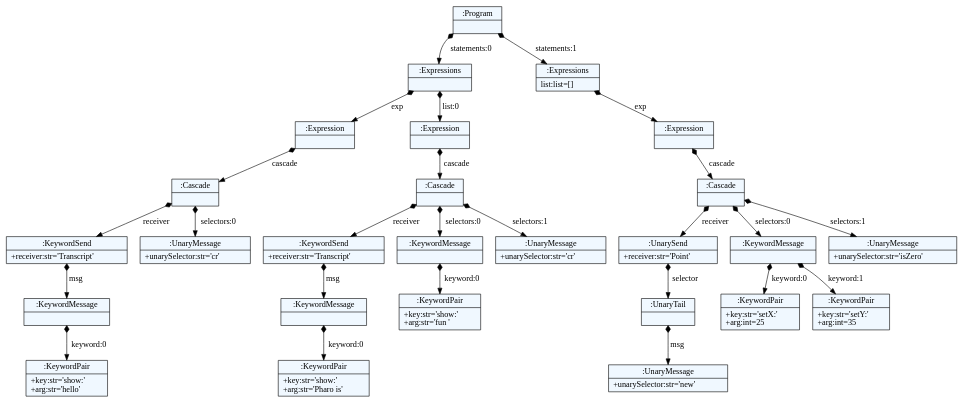
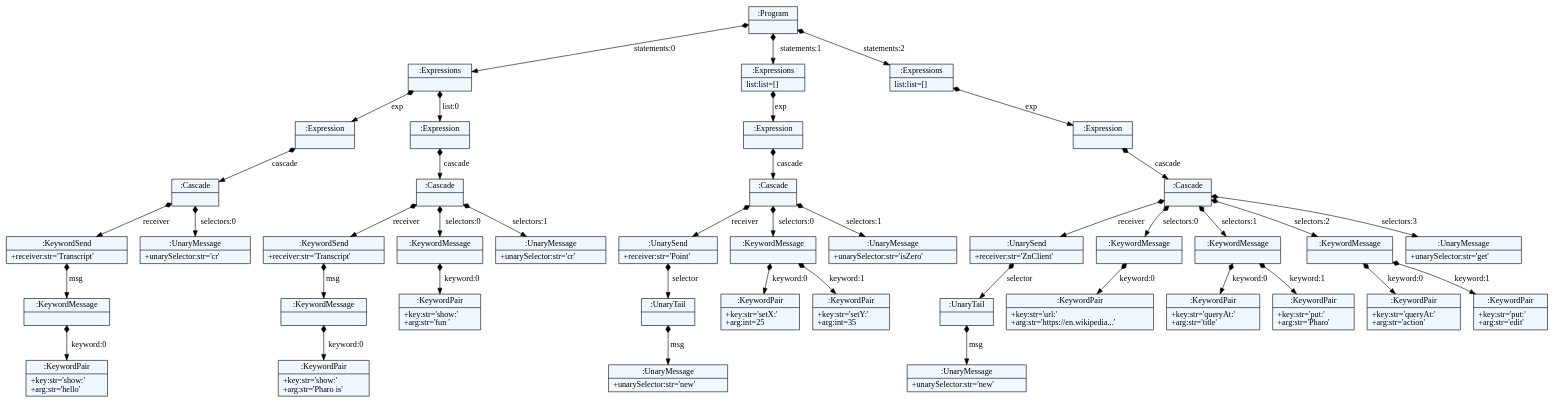
The diagram in parser/dot/cascade.dot (spcnz/smalltalk-parser), drawn with Graphviz before and after one commit. The commit also changed 25 other files, not shown here.

```diff
--- a/parser/dot/cascade.dot
+++ b/parser/dot/cascade.dot
@@ -1,66 +1,96 @@
 
     digraph textX {
     fontname = "Bitstream Vera Sans"
     fontsize = 8
     node[
         shape=record,
         style=filled,
         fillcolor=aliceblue
     ]
     nodesep = 0.3
     edge[dir=black,arrowtail=empty]
 
 
-1565906946984 -> 1565906995800 [label="statements:0" arrowtail=diamond dir=both]
-1565906995800 -> 1565906995688 [label="exp" arrowtail=diamond dir=both]
-1565906995688 -> 1565906995240 [label="cascade" arrowtail=diamond dir=both]
-1565906995240 -> 1565906996584 [label="receiver" arrowtail=diamond dir=both]
-1565906996584 -> 1565906993224 [label="msg" arrowtail=diamond dir=both]
-1565906993224 -> 1565906993728 [label="keyword:0" arrowtail=diamond dir=both]
-1565906993728[label="{:KeywordPair|+key:str='show:'\l+arg:str='hello'\l}"]
-1565906993224[label="{:KeywordMessage|}"]
-1565906996584[label="{:KeywordSend|+receiver:str='Transcript'\l}"]
-1565906995240 -> 1565906994120 [label="selectors:0" arrowtail=diamond dir=both]
-1565906994120[label="{:UnaryMessage|+unarySelector:str='cr'\l}"]
-1565906995240[label="{:Cascade|}"]
-1565906995688[label="{:Expression|}"]
-1565906995800 -> 1565906996080 [label="list:0" arrowtail=diamond dir=both]
-1565906996080 -> 1565906995464 [label="cascade" arrowtail=diamond dir=both]
-1565906995464 -> 1565906993672 [label="receiver" arrowtail=diamond dir=both]
-1565906993672 -> 1565906996304 [label="msg" arrowtail=diamond dir=both]
-1565906996304 -> 1565906994792 [label="keyword:0" arrowtail=diamond dir=both]
-1565906994792[label="{:KeywordPair|+key:str='show:'\l+arg:str='Pharo is'\l}"]
-1565906996304[label="{:KeywordMessage|}"]
-1565906993672[label="{:KeywordSend|+receiver:str='Transcript'\l}"]
-1565906995464 -> 1565906993280 [label="selectors:0" arrowtail=diamond dir=both]
-1565906993280 -> 1565906994736 [label="keyword:0" arrowtail=diamond dir=both]
-1565906994736[label="{:KeywordPair|+key:str='show:'\l+arg:str='fun '\l}"]
-1565906993280[label="{:KeywordMessage|}"]
-1565906995464 -> 1565906993952 [label="selectors:1" arrowtail=diamond dir=both]
-1565906993952[label="{:UnaryMessage|+unarySelector:str='cr'\l}"]
-1565906995464[label="{:Cascade|}"]
-1565906996080[label="{:Expression|}"]
-1565906995800[label="{:Expressions|}"]
-1565906946984 -> 1565906996696 [label="statements:1" arrowtail=diamond dir=both]
-1565906996696 -> 1565906994344 [label="exp" arrowtail=diamond dir=both]
-1565906994344 -> 1565906995632 [label="cascade" arrowtail=diamond dir=both]
-1565906995632 -> 1565906995520 [label="receiver" arrowtail=diamond dir=both]
-1565906995520 -> 1565906994008 [label="selector" arrowtail=diamond dir=both]
-1565906994008 -> 1565906994064 [label="msg" arrowtail=diamond dir=both]
-1565906994064[label="{:UnaryMessage|+unarySelector:str='new'\l}"]
-1565906994008[label="{:UnaryTail|}"]
-1565906995520[label="{:UnarySend|+receiver:str='Point'\l}"]
-1565906995632 -> 1565906995352 [label="selectors:0" arrowtail=diamond dir=both]
-1565906995352 -> 1565906993896 [label="keyword:0" arrowtail=diamond dir=both]
-1565906993896[label="{:KeywordPair|+key:str='setX:'\l+arg:int=25\l}"]
-1565906995352 -> 1565902235296 [label="keyword:1" arrowtail=diamond dir=both]
-1565902235296[label="{:KeywordPair|+key:str='setY:'\l+arg:int=35\l}"]
-1565906995352[label="{:KeywordMessage|}"]
-1565906995632 -> 1565906994624 [label="selectors:1" arrowtail=diamond dir=both]
-1565906994624[label="{:UnaryMessage|+unarySelector:str='isZero'\l}"]
-1565906995632[label="{:Cascade|}"]
-1565906994344[label="{:Expression|}"]
-1565906996696[label="{:Expressions|list:list=[]\l}"]
-1565906946984[label="{:Program|}"]
+2161864177872 -> 2161881495424 [label="statements:0" arrowtail=diamond dir=both]
+2161881495424 -> 2161881495928 [label="exp" arrowtail=diamond dir=both]
+2161881495928 -> 2161881497496 [label="cascade" arrowtail=diamond dir=both]
+2161881497496 -> 2161881496712 [label="receiver" arrowtail=diamond dir=both]
+2161881496712 -> 2161849384576 [label="msg" arrowtail=diamond dir=both]
+2161849384576 -> 2161849384688 [label="keyword:0" arrowtail=diamond dir=both]
+2161849384688[label="{:KeywordPair|+key:str='show:'\l+arg:str='hello'\l}"]
+2161849384576[label="{:KeywordMessage|}"]
+2161881496712[label="{:KeywordSend|+receiver:str='Transcript'\l}"]
+2161881497496 -> 2161881635640 [label="selectors:0" arrowtail=diamond dir=both]
+2161881635640[label="{:UnaryMessage|+unarySelector:str='cr'\l}"]
+2161881497496[label="{:Cascade|}"]
+2161881495928[label="{:Expression|}"]
+2161881495424 -> 2161881495984 [label="list:0" arrowtail=diamond dir=both]
+2161881495984 -> 2161881496320 [label="cascade" arrowtail=diamond dir=both]
+2161881496320 -> 2161849384744 [label="receiver" arrowtail=diamond dir=both]
+2161849384744 -> 2161859686472 [label="msg" arrowtail=diamond dir=both]
+2161859686472 -> 2161859686640 [label="keyword:0" arrowtail=diamond dir=both]
+2161859686640[label="{:KeywordPair|+key:str='show:'\l+arg:str='Pharo is'\l}"]
+2161859686472[label="{:KeywordMessage|}"]
+2161849384744[label="{:KeywordSend|+receiver:str='Transcript'\l}"]
+2161881496320 -> 2161849384632 [label="selectors:0" arrowtail=diamond dir=both]
+2161849384632 -> 2161859686584 [label="keyword:0" arrowtail=diamond dir=both]
+2161859686584[label="{:KeywordPair|+key:str='show:'\l+arg:str='fun '\l}"]
+2161849384632[label="{:KeywordMessage|}"]
+2161881496320 -> 2161849384800 [label="selectors:1" arrowtail=diamond dir=both]
+2161849384800[label="{:UnaryMessage|+unarySelector:str='cr'\l}"]
+2161881496320[label="{:Cascade|}"]
+2161881495984[label="{:Expression|}"]
+2161881495424[label="{:Expressions|}"]
+2161864177872 -> 2161881495760 [label="statements:1" arrowtail=diamond dir=both]
+2161881495760 -> 2161881497216 [label="exp" arrowtail=diamond dir=both]
+2161881497216 -> 2161859686528 [label="cascade" arrowtail=diamond dir=both]
+2161859686528 -> 2161859686752 [label="receiver" arrowtail=diamond dir=both]
+2161859686752 -> 2161859687200 [label="selector" arrowtail=diamond dir=both]
+2161859687200 -> 2161859687312 [label="msg" arrowtail=diamond dir=both]
+2161859687312[label="{:UnaryMessage|+unarySelector:str='new'\l}"]
+2161859687200[label="{:UnaryTail|}"]
+2161859686752[label="{:UnarySend|+receiver:str='Point'\l}"]
+2161859686528 -> 2161859687032 [label="selectors:0" arrowtail=diamond dir=both]
+2161859687032 -> 2161859687256 [label="keyword:0" arrowtail=diamond dir=both]
+2161859687256[label="{:KeywordPair|+key:str='setX:'\l+arg:int=25\l}"]
+2161859687032 -> 2161859687368 [label="keyword:1" arrowtail=diamond dir=both]
+2161859687368[label="{:KeywordPair|+key:str='setY:'\l+arg:int=35\l}"]
+2161859687032[label="{:KeywordMessage|}"]
+2161859686528 -> 2161859687088 [label="selectors:1" arrowtail=diamond dir=both]
+2161859687088[label="{:UnaryMessage|+unarySelector:str='isZero'\l}"]
+2161859686528[label="{:Cascade|}"]
+2161881497216[label="{:Expression|}"]
+2161881495760[label="{:Expressions|list:list=[]\l}"]
+2161864177872 -> 2161881496096 [label="statements:2" arrowtail=diamond dir=both]
+2161881496096 -> 2161849384520 [label="exp" arrowtail=diamond dir=both]
+2161849384520 -> 2161859687144 [label="cascade" arrowtail=diamond dir=both]
+2161859687144 -> 2161859687592 [label="receiver" arrowtail=diamond dir=both]
+2161859687592 -> 2161859687872 [label="selector" arrowtail=diamond dir=both]
+2161859687872 -> 2161859687984 [label="msg" arrowtail=diamond dir=both]
+2161859687984[label="{:UnaryMessage|+unarySelector:str='new'\l}"]
+2161859687872[label="{:UnaryTail|}"]
+2161859687592[label="{:UnarySend|+receiver:str='ZnClient'\l}"]
+2161859687144 -> 2161859687648 [label="selectors:0" arrowtail=diamond dir=both]
+2161859687648 -> 2161859687928 [label="keyword:0" arrowtail=diamond dir=both]
+2161859687928[label="{:KeywordPair|+key:str='url:'\l+arg:str='https://en.wikipedia...'\l}"]
+2161859687648[label="{:KeywordMessage|}"]
+2161859687144 -> 2161859687760 [label="selectors:1" arrowtail=diamond dir=both]
+2161859687760 -> 2161859688096 [label="keyword:0" arrowtail=diamond dir=both]
+2161859688096[label="{:KeywordPair|+key:str='queryAt:'\l+arg:str='title'\l}"]
+2161859687760 -> 2161859688264 [label="keyword:1" arrowtail=diamond dir=both]
+2161859688264[label="{:KeywordPair|+key:str='put:'\l+arg:str='Pharo'\l}"]
+2161859687760[label="{:KeywordMessage|}"]
+2161859687144 -> 2161859687816 [label="selectors:2" arrowtail=diamond dir=both]
+2161859687816 -> 2161859688320 [label="keyword:0" arrowtail=diamond dir=both]
+2161859688320[label="{:KeywordPair|+key:str='queryAt:'\l+arg:str='action'\l}"]
+2161859687816 -> 2161859688544 [label="keyword:1" arrowtail=diamond dir=both]
+2161859688544[label="{:KeywordPair|+key:str='put:'\l+arg:str='edit'\l}"]
+2161859687816[label="{:KeywordMessage|}"]
+2161859687144 -> 2161859688040 [label="selectors:3" arrowtail=diamond dir=both]
+2161859688040[label="{:UnaryMessage|+unarySelector:str='get'\l}"]
+2161859687144[label="{:Cascade|}"]
+2161849384520[label="{:Expression|}"]
+2161881496096[label="{:Expressions|list:list=[]\l}"]
+2161864177872[label="{:Program|}"]
 
 }
```
